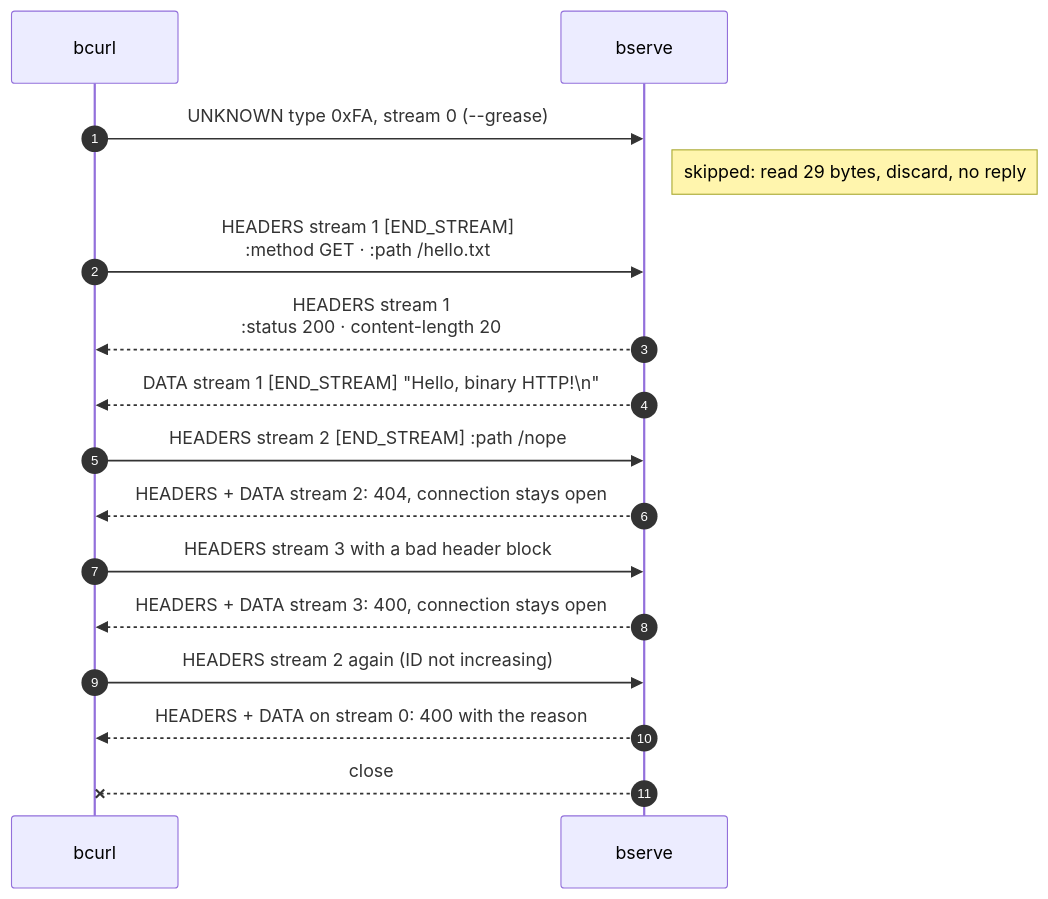
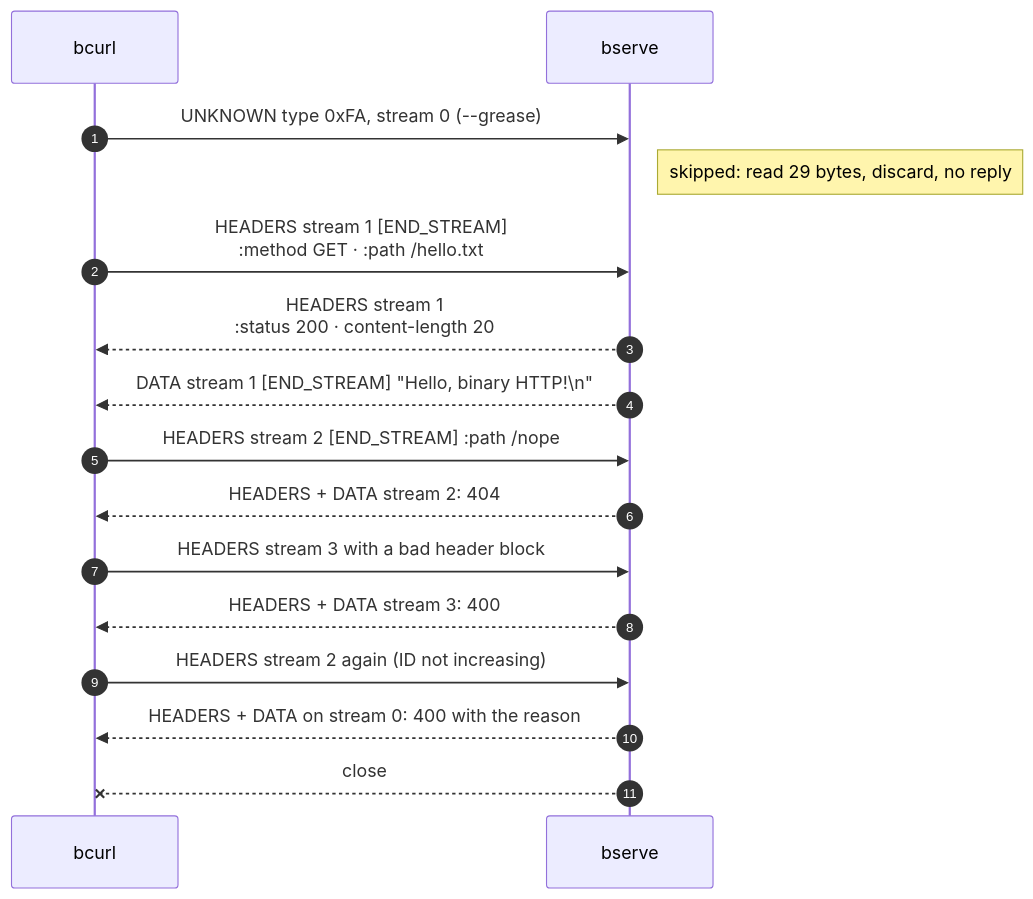
Before and after one commit to mohit-1710/bhttp-network-architecture: the second of 3 diagrams in README.md, drawn with Mermaid. The commit also changed other lines of this file and 12 other files, not shown here.

````diff
--- a/README.md
+++ b/README.md
@@ -55,22 +55,22 @@
 ```mermaid
 sequenceDiagram
     autonumber
     participant C as bcurl
     participant S as bserve
 
     C->>S: UNKNOWN type 0xFA, stream 0 (--grease)
     Note right of S: skipped: read 29 bytes, discard, no reply
     C->>S: HEADERS stream 1 [END_STREAM]<br/>:method GET · :path /hello.txt
     S-->>C: HEADERS stream 1<br/>:status 200 · content-length 20
     S-->>C: DATA stream 1 [END_STREAM] "Hello, binary HTTP!\n"
 
     C->>S: HEADERS stream 2 [END_STREAM] :path /nope
-    S-->>C: HEADERS + DATA stream 2: 404, connection stays open
+    S-->>C: HEADERS + DATA stream 2: 404
 
     C->>S: HEADERS stream 3 with a bad header block
-    S-->>C: HEADERS + DATA stream 3: 400, connection stays open
+    S-->>C: HEADERS + DATA stream 3: 400
 
     C->>S: HEADERS stream 2 again (ID not increasing)
     S-->>C: HEADERS + DATA on stream 0: 400 with the reason
     S--xC: close
 ```
````
